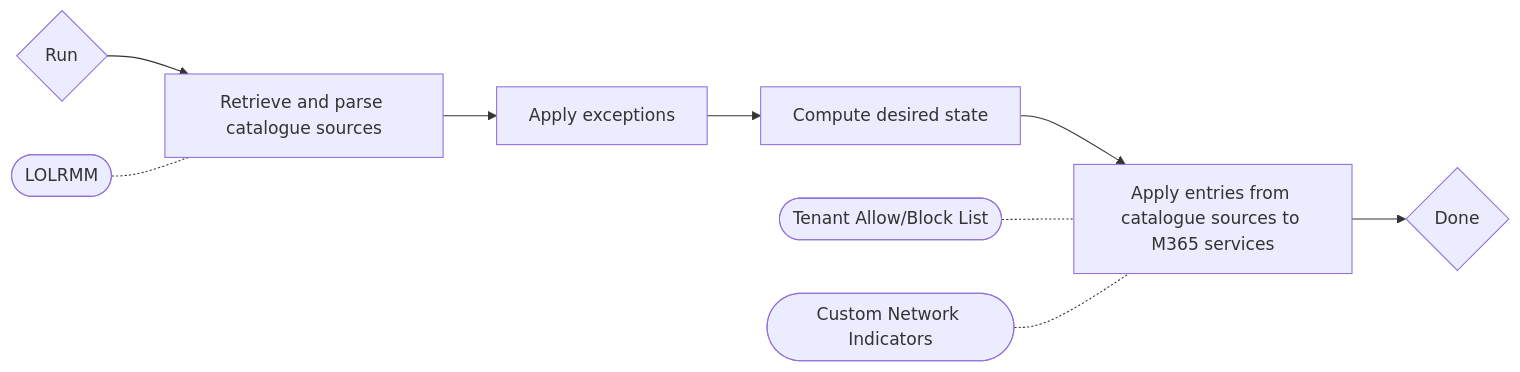
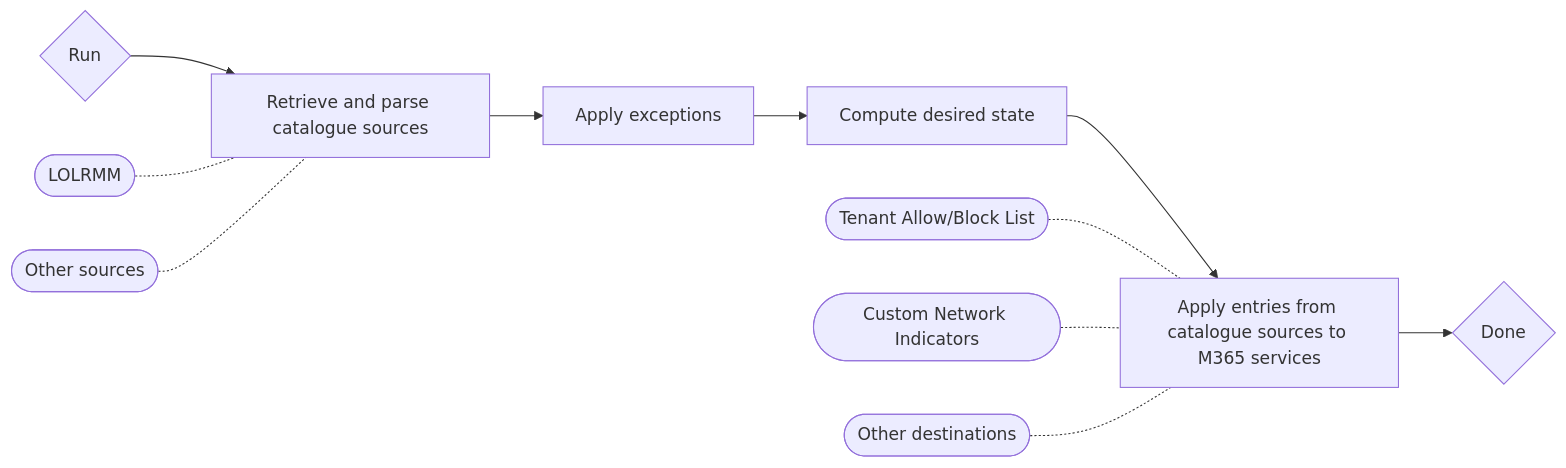
One commit to jeffreytigch/PreventKit changed the diagram in README.md. Above: the diagram before and after it, drawn with Mermaid. The commit also changed other lines of this file and 2 other files, not shown here.

````diff
--- a/README.md
+++ b/README.md
@@ -17,11 +17,13 @@
 ```mermaid
 flowchart LR
     A{Run} --> B[Retrieve and parse catalogue sources]
     Source1([LOLRMM]) -.- B
+    SourceN([Other sources]) -.- B
     B --> C[Apply exceptions]
     C --> D[Compute desired state]
     D --> E[Apply entries from catalogue sources to M365 services]
     Target1([Tenant Allow/Block List]) -.- E
     Target2([Custom Network Indicators]) -.- E
+    TargetN([Other destinations]) -.- E
     E --> F{Done}
 ```
````
